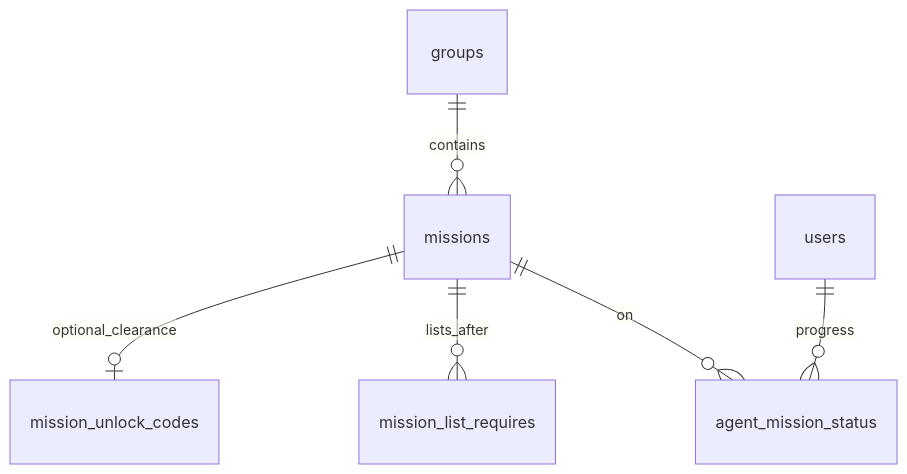
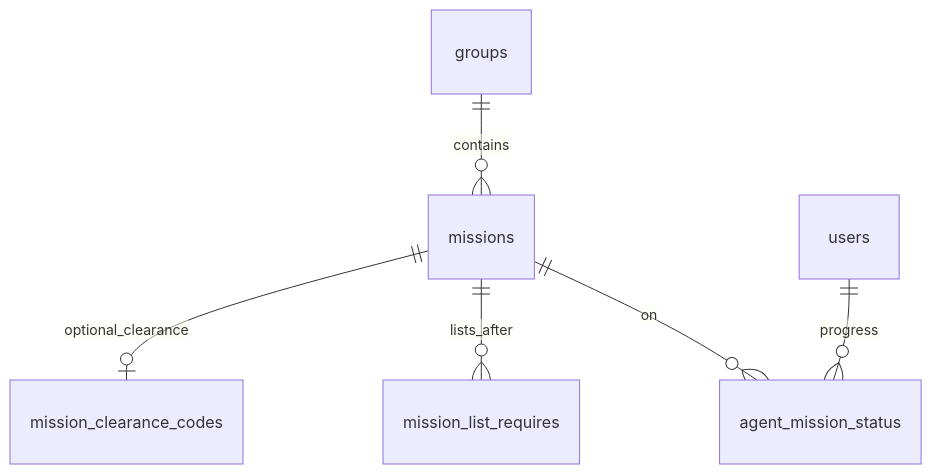
One commit to bjcoleman/radspion changed the diagram in docs/design/02-entities.md. Above: the diagram before and after it, drawn with Mermaid. The commit also changed other lines of this file and 61 other files, not shown here.

Commit message:
Change unlock_code to clearance_code throughout the system.

````diff
--- a/docs/design/02-entities.md
+++ b/docs/design/02-entities.md
@@ -90,8 +90,8 @@
 ```mermaid
 erDiagram
     groups ||--o{ missions : contains
-    missions ||--o| mission_unlock_codes : optional_clearance
+    missions ||--o| mission_clearance_codes : optional_clearance
     missions ||--o{ mission_list_requires : lists_after
     users ||--o{ agent_mission_status : progress
     missions ||--o{ agent_mission_status : on
 ```
````
